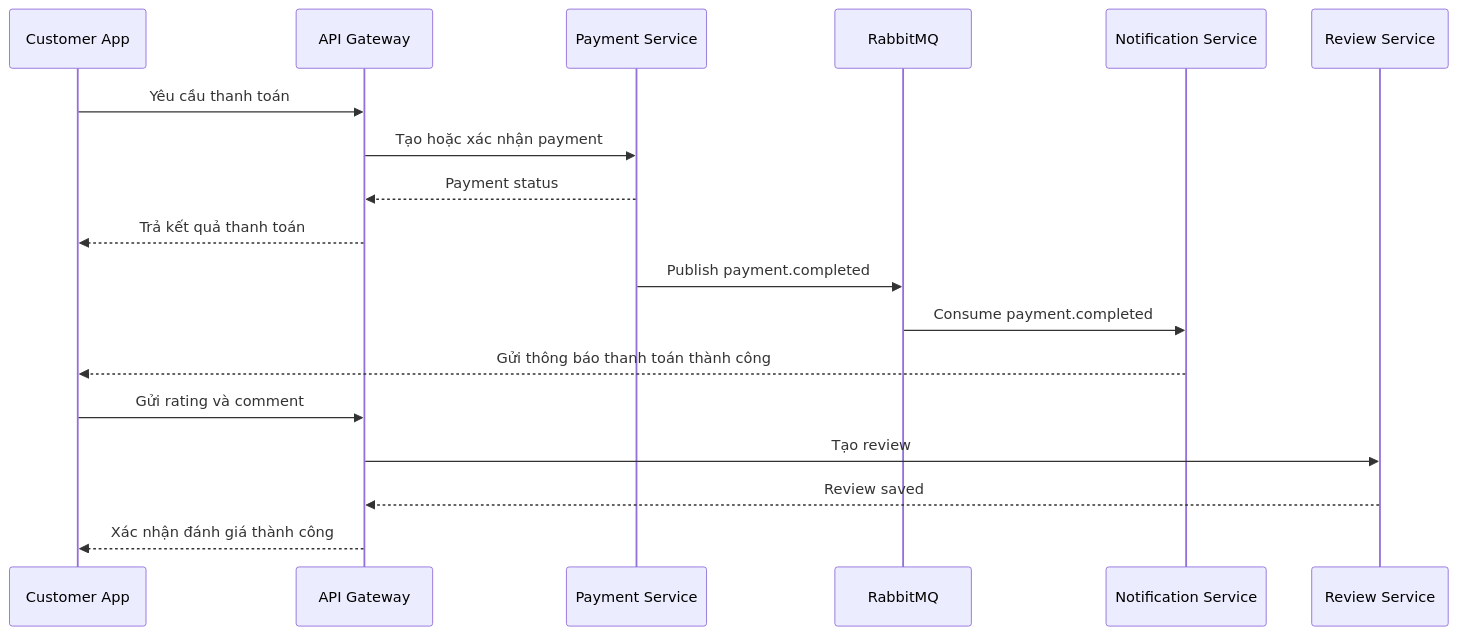
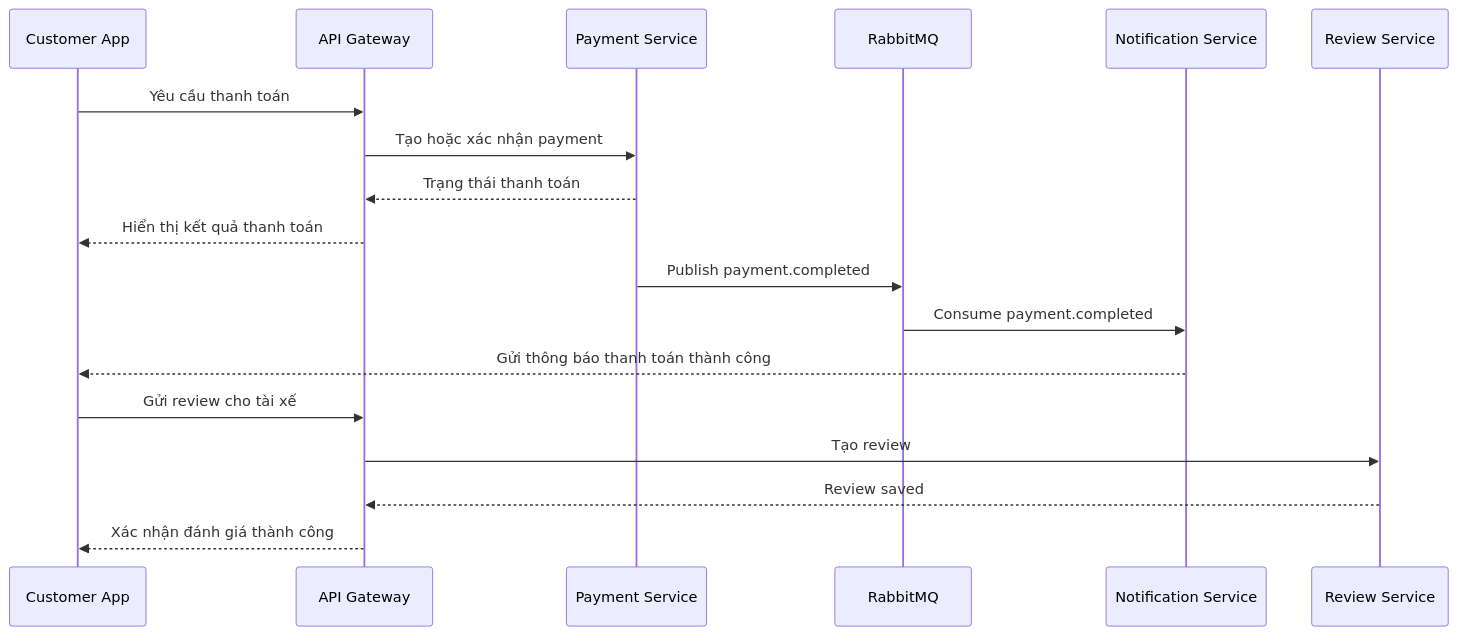
Diagram 18 of 20 in .doc/phantichthietkehethong.md (foxxiee04/Cab-Booking-System-Project), drawn with Mermaid before and after one commit. The commit also changed other lines of this file, not shown here.

````diff
--- a/.doc/phantichthietkehethong.md
+++ b/.doc/phantichthietkehethong.md
@@ -845,23 +1346,23 @@
 ```mermaid
 sequenceDiagram
     participant C as Customer App
     participant G as API Gateway
     participant Pay as Payment Service
     participant MQ as RabbitMQ
     participant N as Notification Service
     participant Rev as Review Service
 
     C->>G: Yêu cầu thanh toán
     G->>Pay: Tạo hoặc xác nhận payment
-    Pay-->>G: Payment status
-    G-->>C: Trả kết quả thanh toán
+    Pay-->>G: Trạng thái thanh toán
+    G-->>C: Hiển thị kết quả thanh toán
 
     Pay->>MQ: Publish payment.completed
     MQ->>N: Consume payment.completed
     N-->>C: Gửi thông báo thanh toán thành công
 
-    C->>G: Gửi rating và comment
+    C->>G: Gửi review cho tài xế
     G->>Rev: Tạo review
     Rev-->>G: Review saved
     G-->>C: Xác nhận đánh giá thành công
 ```
````
